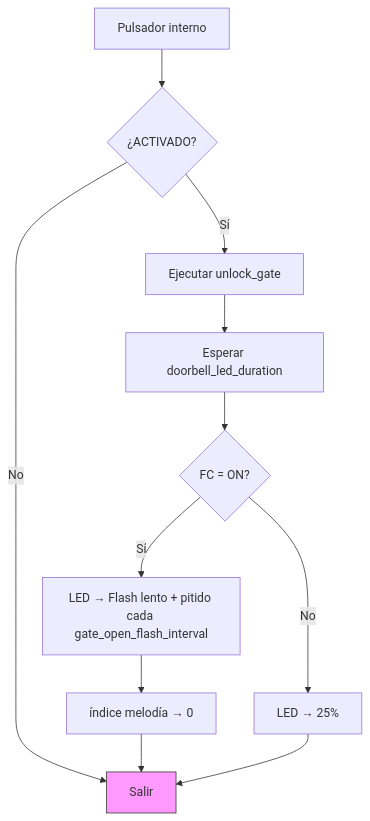
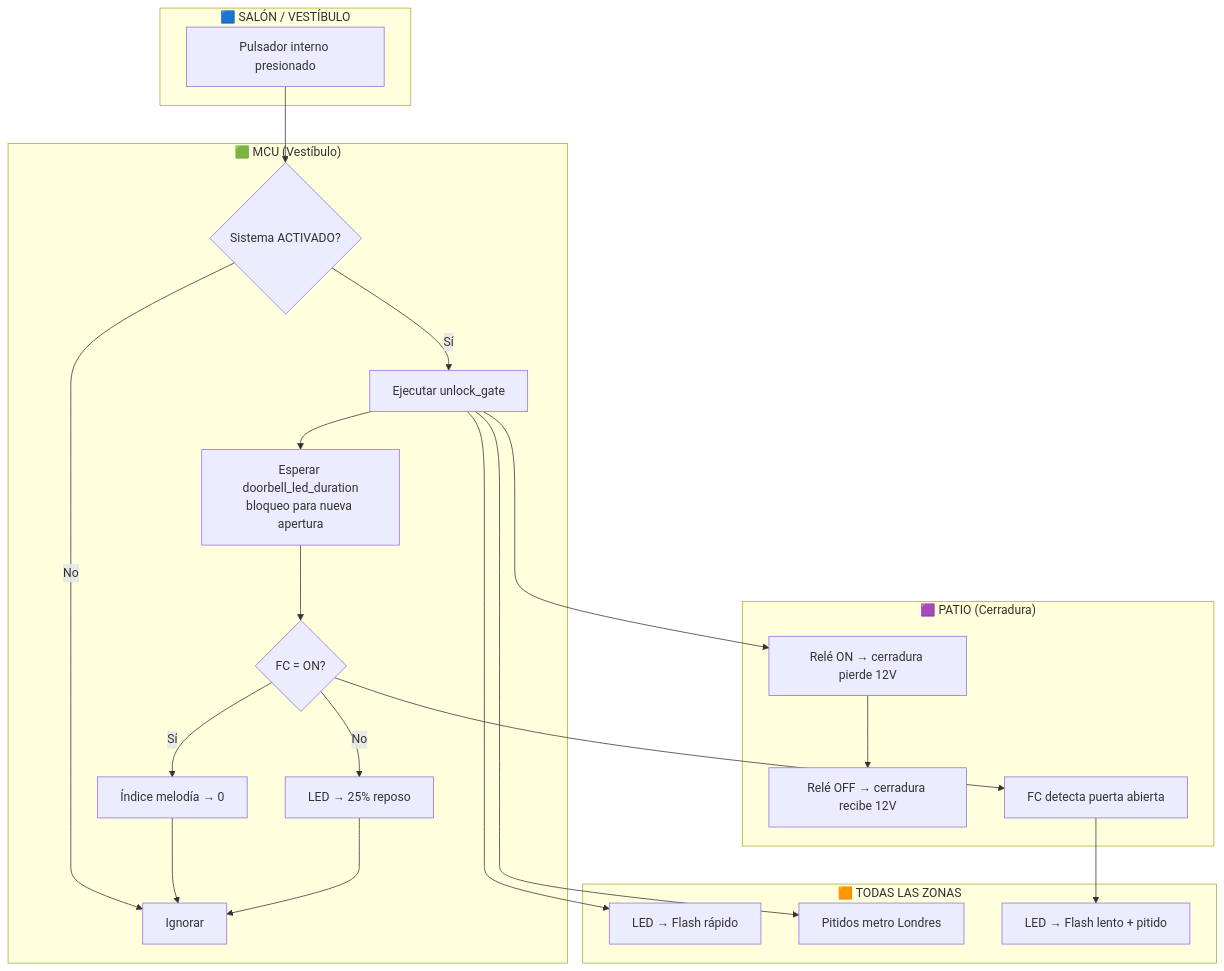
One commit to abelbour/Abrepuertas changed the eighth of 10 diagrams in SYSTEM_DEFINITION.md. Above: the diagram before and after it, drawn with Mermaid. The commit also changed other lines of this file, not shown here.

Commit message:
Convert all flow diagrams to swimlane format

````diff
--- a/SYSTEM_DEFINITION.md
+++ b/SYSTEM_DEFINITION.md
@@ -479,15 +496,38 @@
 ```mermaid
 flowchart TD
-    A[Pulsador interno] --> B{¿ACTIVADO?}
-    B -- No --> FIN[Salir]
-    B -- Sí --> C[Ejecutar unlock_gate]
-    C --> D[Esperar doorbell_led_duration]
-    D --> E{FC = ON?}
-    E -- Sí --> F[LED → Flash lento + pitido cada gate_open_flash_interval]
-    F --> G[índice melodía → 0]
-    G --> FIN
-    E -- No --> H[LED → 25%]
-    H --> FIN
+    subgraph Int["🟦 SALÓN / VESTÍBULO"]
+        PULS[Pulsador interno presionado]
+    end
 
-    style FIN fill:#f9f,stroke:#333
+    subgraph MCU["🟩 MCU (Vestíbulo)"]
+        A{"Sistema ACTIVADO?"}
+        A -- No --> FIN_INT[Ignorar]
+        A -- Sí --> UNLOCK[Ejecutar unlock_gate]
+        UNLOCK --> COOLDOWN[Esperar doorbell_led_duration<br/>bloqueo para nueva apertura]
+        COOLDOWN --> CHECK{FC = ON?}
+        CHECK -- Sí --> RESET[Índice melodía → 0]
+        CHECK -- No --> IDLE[LED → 25% reposo]
+        RESET --> FIN_INT
+        IDLE --> FIN_INT
+    end
+
+    subgraph LOCK["🟪 PATIO (Cerradura)"]
+        RELE[Relé ON → cerradura pierde 12V]
+        RELE2[Relé OFF → cerradura recibe 12V]
+        FC[FC detecta puerta abierta]
+    end
+
+    subgraph PAN["🟧 TODAS LAS ZONAS"]
+        LED[LED → Flash rápido]
+        BEEP[Pitidos metro Londres]
+        LED2[LED → Flash lento + pitido]
+    end
+
+    PULS --> A
+    UNLOCK --> RELE
+    UNLOCK --> BEEP
+    UNLOCK --> LED
+    RELE --> RELE2
+    CHECK --> FC
+    FC --> LED2
 ```
````
